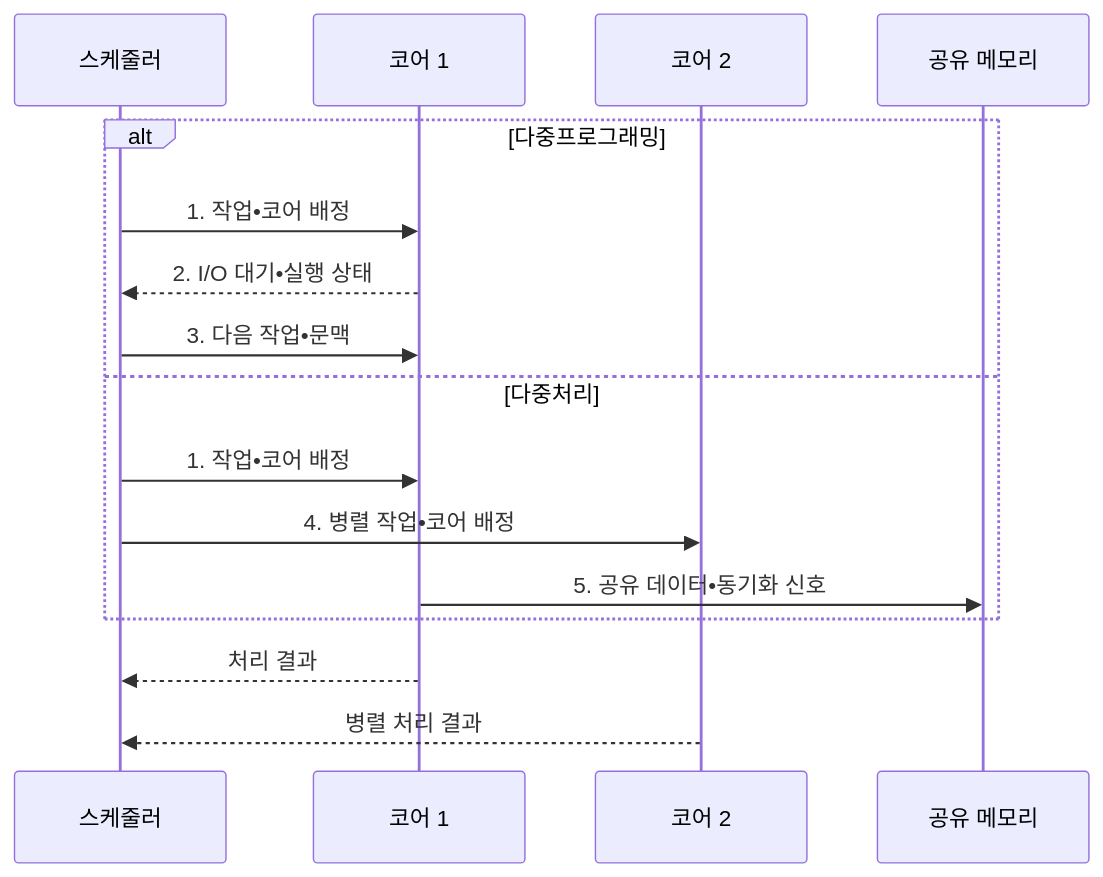
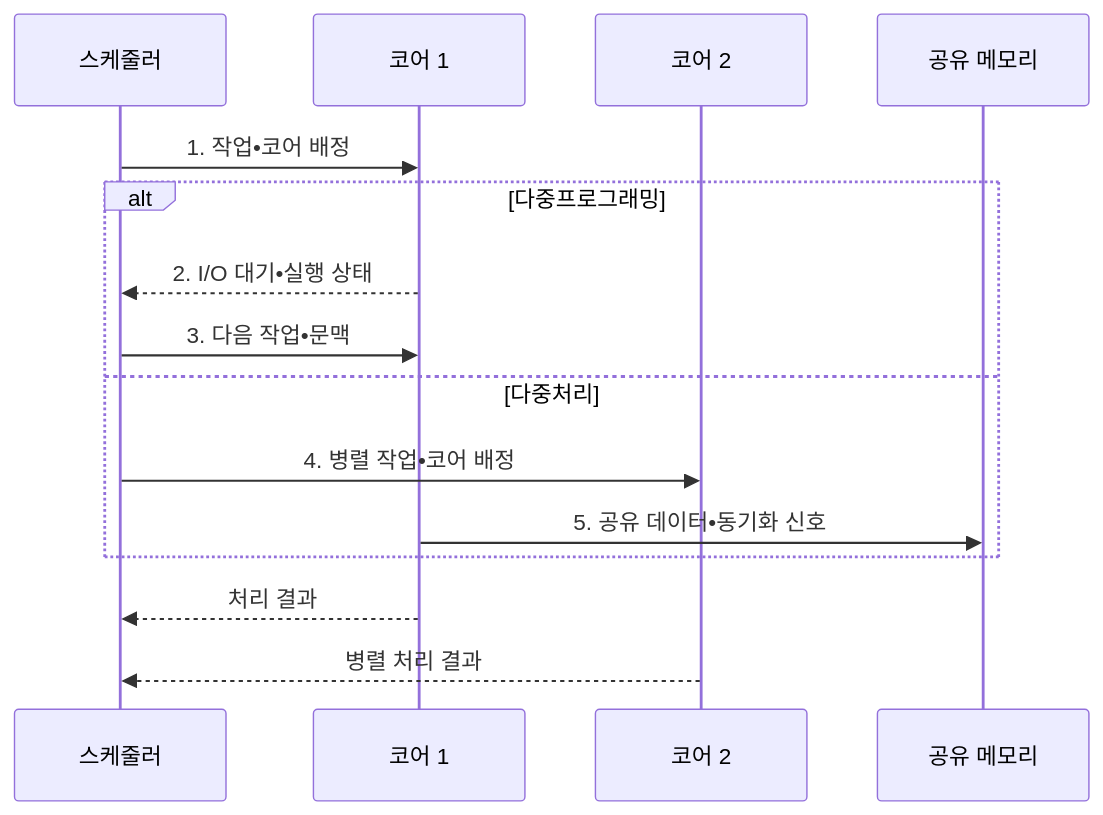
One commit to agnusdei1207/knowledge-base changed the second of 2 diagrams in src/content/docs/notes/03-software/017_multiprogramming_multiprocessing.md. Above: the diagram before and after it, drawn with Mermaid. The commit also changed other lines of this file and 12 other files, not shown here.

````diff
--- a/src/content/docs/notes/03-software/017_multiprogramming_multiprocessing.md
+++ b/src/content/docs/notes/03-software/017_multiprogramming_multiprocessing.md
@@ -98,18 +98,17 @@
 ```mermaid
 sequenceDiagram
     participant S as 스케줄러
     participant C1 as 코어 1
     participant C2 as 코어 2
     participant M as 공유 메모리
+    S->>C1: 1. 작업•코어 배정
     alt 다중프로그래밍
-        S->>C1: 1. 작업•코어 배정
         C1-->>S: 2. I/O 대기•실행 상태
         S->>C1: 3. 다음 작업•문맥
     else 다중처리
-        S->>C1: 1. 작업•코어 배정
         S->>C2: 4. 병렬 작업•코어 배정
         C1->>M: 5. 공유 데이터•동기화 신호
     end
     C1-->>S: 처리 결과
     C2-->>S: 병렬 처리 결과
 ```
````
